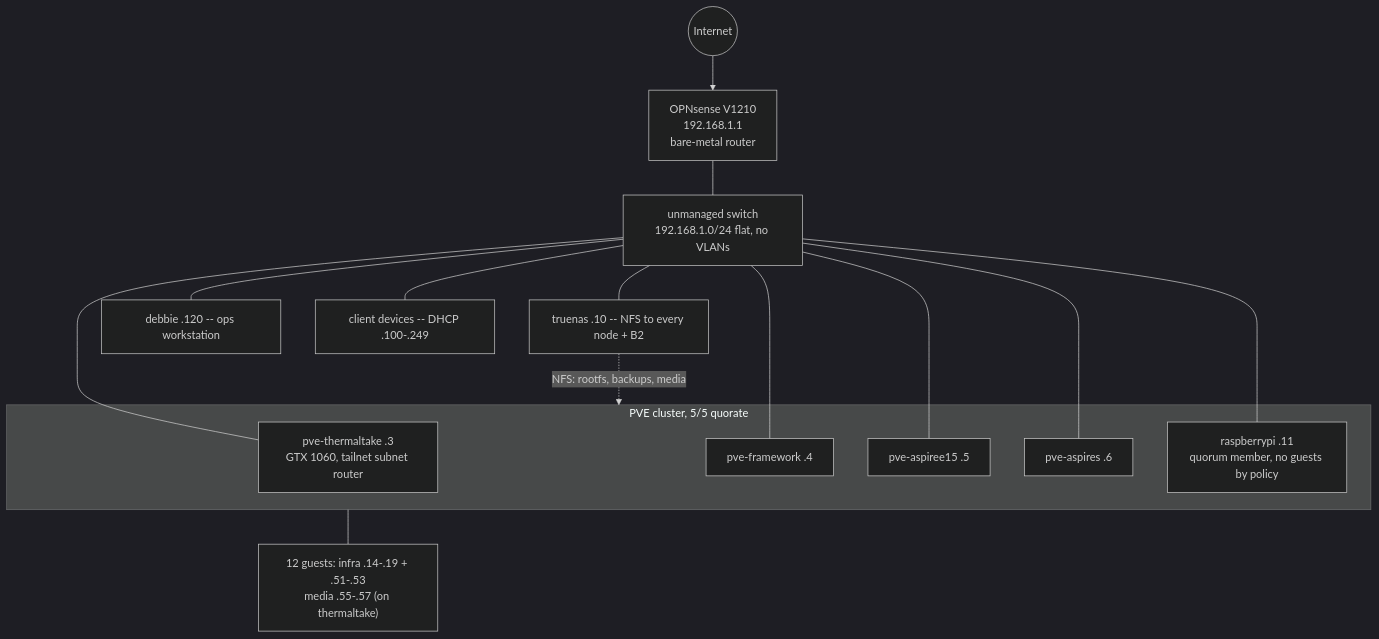
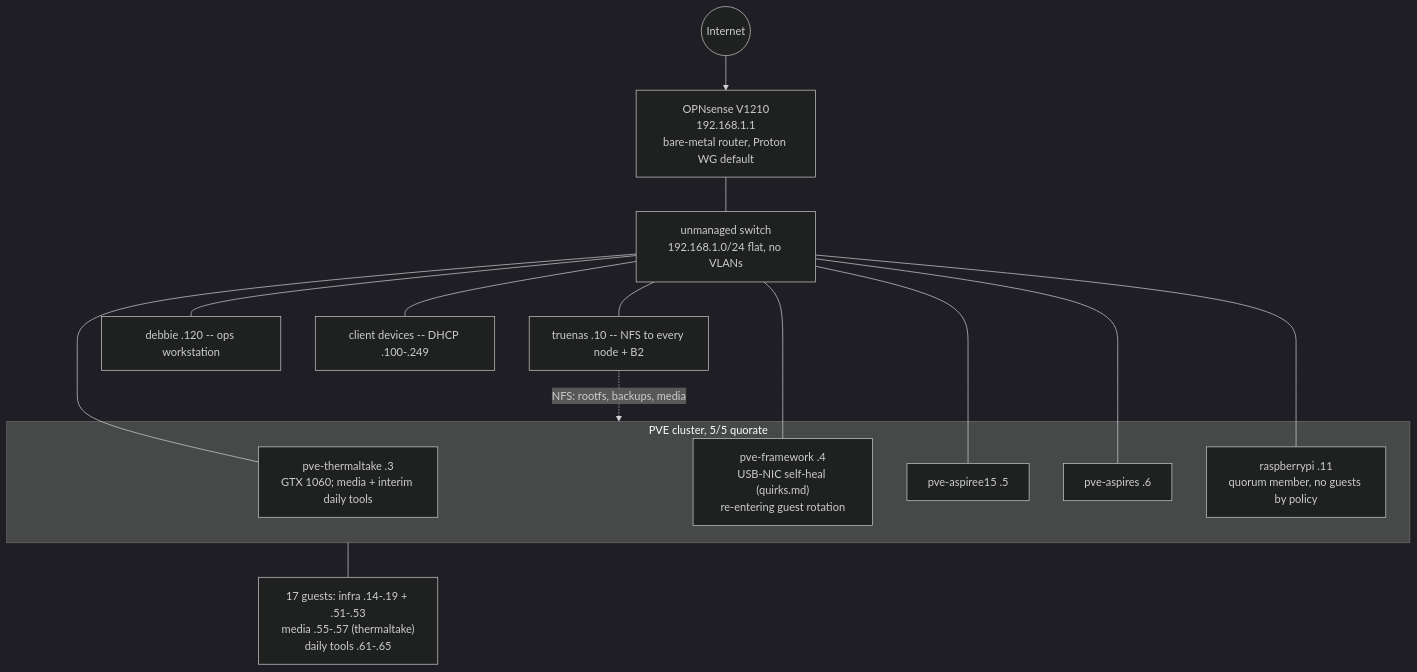
The first of 2 diagrams in docs/network.md (funkybooboo/homelab), drawn with Mermaid (dark theme) before and after one commit. The commit also changed other lines of this file and 17 other files, not shown here.

````diff
--- a/docs/network.md
+++ b/docs/network.md
@@ -9,22 +9,22 @@
 ```mermaid
 flowchart TB
-    ISP((Internet)) --> RT["OPNsense V1210<br/>192.168.1.1<br/>bare-metal router"]
+    ISP((Internet)) --> RT["OPNsense V1210<br/>192.168.1.1<br/>bare-metal router, Proton WG default"]
     RT --- SW["unmanaged switch<br/>192.168.1.0/24 flat, no VLANs"]
 
     subgraph NODES["PVE cluster, 5/5 quorate"]
-        TT["pve-thermaltake .3<br/>GTX 1060, tailnet subnet router"]
-        FW["pve-framework .4"]
+        TT["pve-thermaltake .3<br/>GTX 1060; media + interim daily tools"]
+        FW["pve-framework .4<br/>USB-NIC self-heal (quirks.md)<br/>re-entering guest rotation"]
         A15["pve-aspiree15 .5"]
         ASP["pve-aspires .6"]
         RPI["raspberrypi .11<br/>quorum member, no guests by policy"]
     end
 
-    GUESTS["12 guests: infra .14-.19 + .51-.53<br/>media .55-.57 (on thermaltake)"]
+    GUESTS["17 guests: infra .14-.19 + .51-.53<br/>media .55-.57 (thermaltake)<br/>daily tools .61-.65"]
     TN["truenas .10 -- NFS to every node + B2"]
     DEB["debbie .120 -- ops workstation"]
     CLIENTS["client devices -- DHCP .100-.249"]
 
     SW --- TT & FW & A15 & ASP & RPI & TN & DEB & CLIENTS
     NODES --- GUESTS
     TN -. "NFS: rootfs, backups, media" .-> NODES
 ```
````
